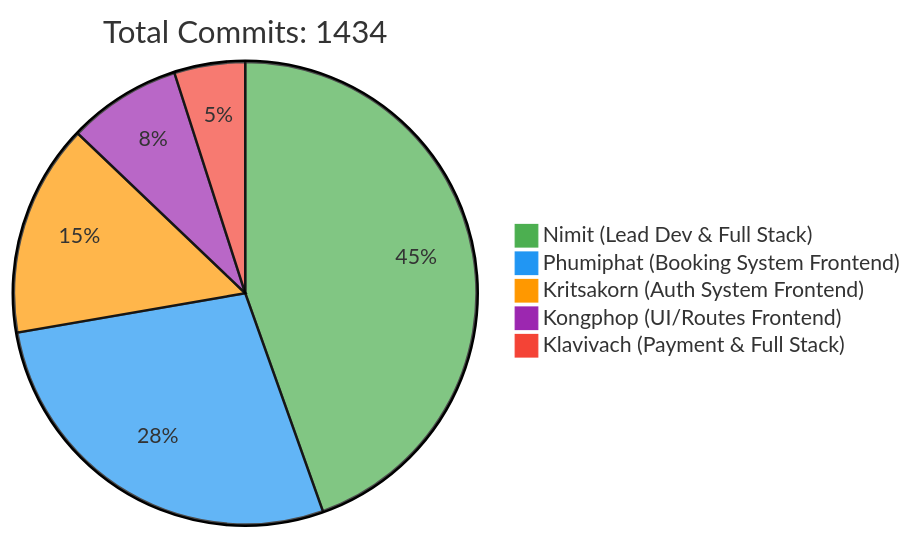
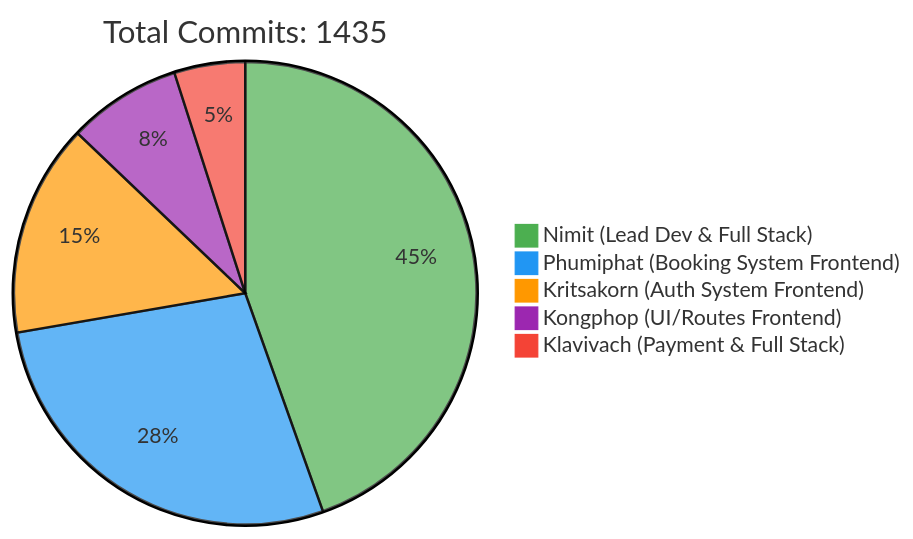
The first of 2 diagrams in README.md (6531503042/Sport-Complex), drawn with Mermaid before and after one commit. The commit also changed other lines of this file, not shown here.

Commit message:
docs: Update contributor statistics [skip ci]

````diff
--- a/README.md
+++ b/README.md
@@ -257,10 +257,10 @@
 ```mermaid
 %%{init: {'theme': 'base', 'themeVariables': { 'pie1': '#4CAF50', 'pie2': '#2196F3', 'pie3': '#FF9800', 'pie4': '#9C27B0', 'pie5': '#F44336'}}}%%
 pie
-    title Total Commits: 1434
+    title Total Commits: 1435
     "Nimit (Lead Dev & Full Stack)" : 450
     "Phumiphat (Booking System Frontend)" : 280
     "Kritsakorn (Auth System Frontend)" : 150
     "Kongphop (UI/Routes Frontend)" : 80
     "Klavivach (Payment & Full Stack)" : 50
 ```
````
